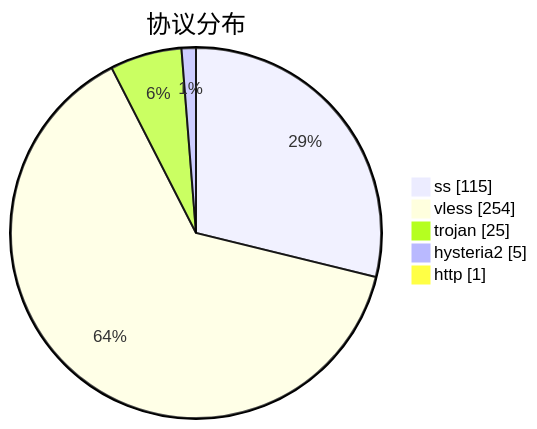
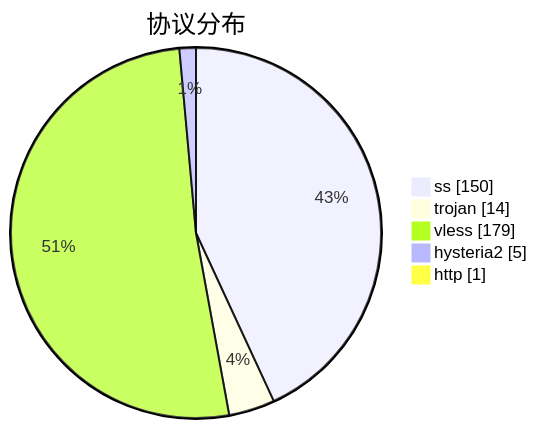
Before and after one commit to qjlxg/airport: the third of 3 diagrams in subs/statistics/tested_within.md, drawn with Mermaid. The commit also changed other lines of this file and 2 other files, not shown here.

````diff
--- a/subs/statistics/tested_within.md
+++ b/subs/statistics/tested_within.md
@@ -18,9 +17,9 @@
 ```mermaid
 pie showData
 title 协议分布
-"ss" : 115
-"vless" : 254
-"trojan" : 25
+"ss" : 150
+"trojan" : 14
+"vless" : 179
 "hysteria2" : 5
 "http" : 1
 ```
````
